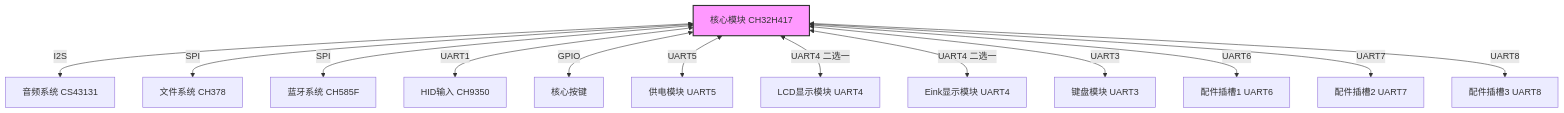
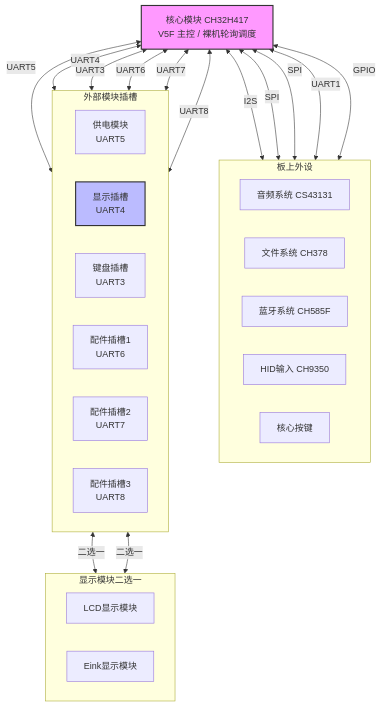
Before and after one commit to sratle/WCH-Model-Terminal: the third of 3 diagrams in docs/project/report.md, drawn with Mermaid. The commit also changed other lines of this file, not shown here.

````diff
--- a/docs/project/report.md
+++ b/docs/project/report.md
@@ -126,31 +126,48 @@
 ```mermaid
 graph TB
-    core[核心模块 CH32H417]
-    audio[音频系统 CS43131]
-    file[文件系统 CH378]
-    bt[蓝牙系统 CH585F]
-    hid[HID输入 CH9350]
-    key[核心按键]
-    power[供电模块 UART5]
-    lcd[LCD显示模块 UART4]
-    eink[Eink显示模块 UART4]
-    kb[键盘模块 UART3]
-    sub1[配件插槽1 UART6]
-    sub2[配件插槽2 UART7]
-    sub3[配件插槽3 UART8]
+    core[核心模块 CH32H417<br/>V5F 主控 / 裸机轮询调度]
+
+    subgraph 板上外设
+        direction LR
+        audio[音频系统 CS43131]
+        file[文件系统 CH378]
+        bt[蓝牙系统 CH585F]
+        hid[HID输入 CH9350]
+        key[核心按键]
+    end
+
+    subgraph 外部模块插槽
+        direction LR
+        power[供电模块<br/>UART5]
+        screen[显示插槽<br/>UART4]
+        kb[键盘插槽<br/>UART3]
+        acc1[配件插槽1<br/>UART6]
+        acc2[配件插槽2<br/>UART7]
+        acc3[配件插槽3<br/>UART8]
+    end
+
+    subgraph 显示模块二选一
+        direction LR
+        lcd[LCD显示模块]
+        eink[Eink显示模块]
+    end
 
     core <-->|I2S| audio
     core <-->|SPI| file
     core <-->|SPI| bt
     core <-->|UART1| hid
     core <-->|GPIO| key
+
     core <-->|UART5| power
-    core <-->|UART4 二选一| lcd
-    core <-->|UART4 二选一| eink
+    core <-->|UART4| screen
     core <-->|UART3| kb
-    core <-->|UART6| sub1
-    core <-->|UART7| sub2
-    core <-->|UART8| sub3
+    core <-->|UART6| acc1
+    core <-->|UART7| acc2
+    core <-->|UART8| acc3
+
+    screen <-->|二选一| lcd
+    screen <-->|二选一| eink
 
     style core fill:#f9f,stroke:#333,stroke-width:2px
+    style screen fill:#bbf,stroke:#333,stroke-width:2px
 ```
````
